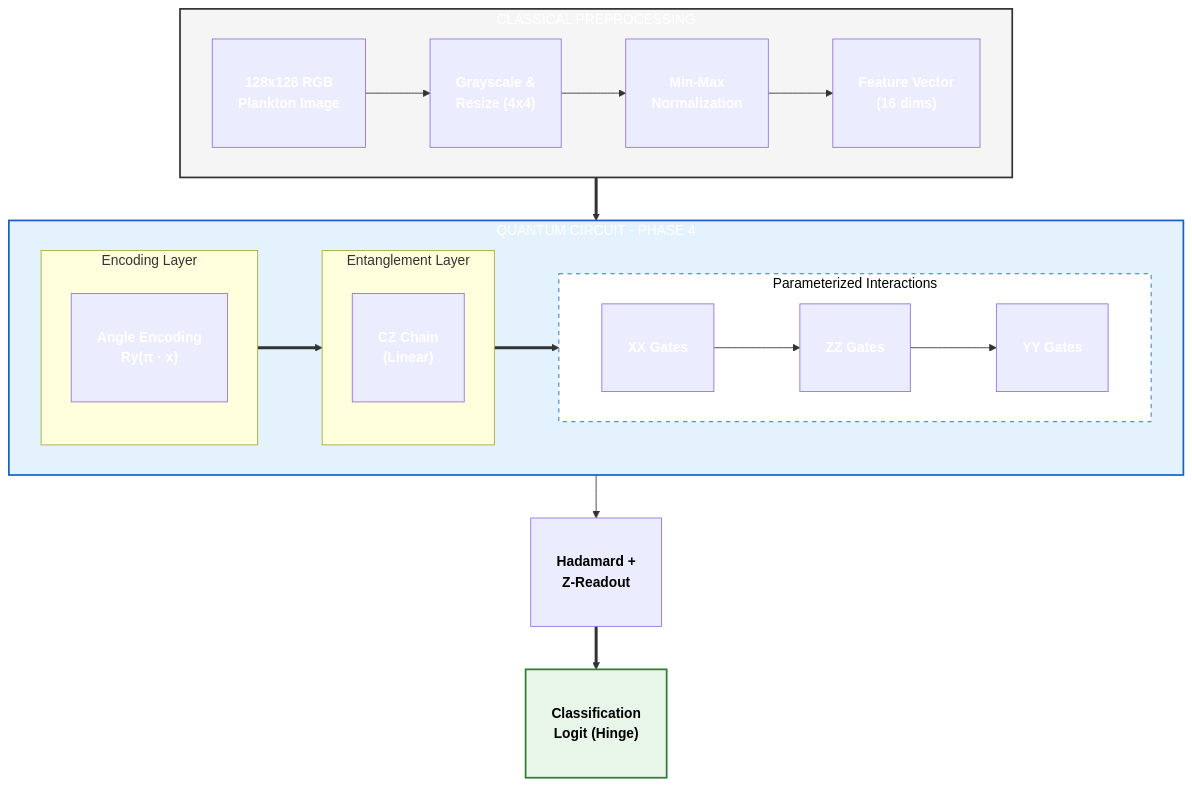
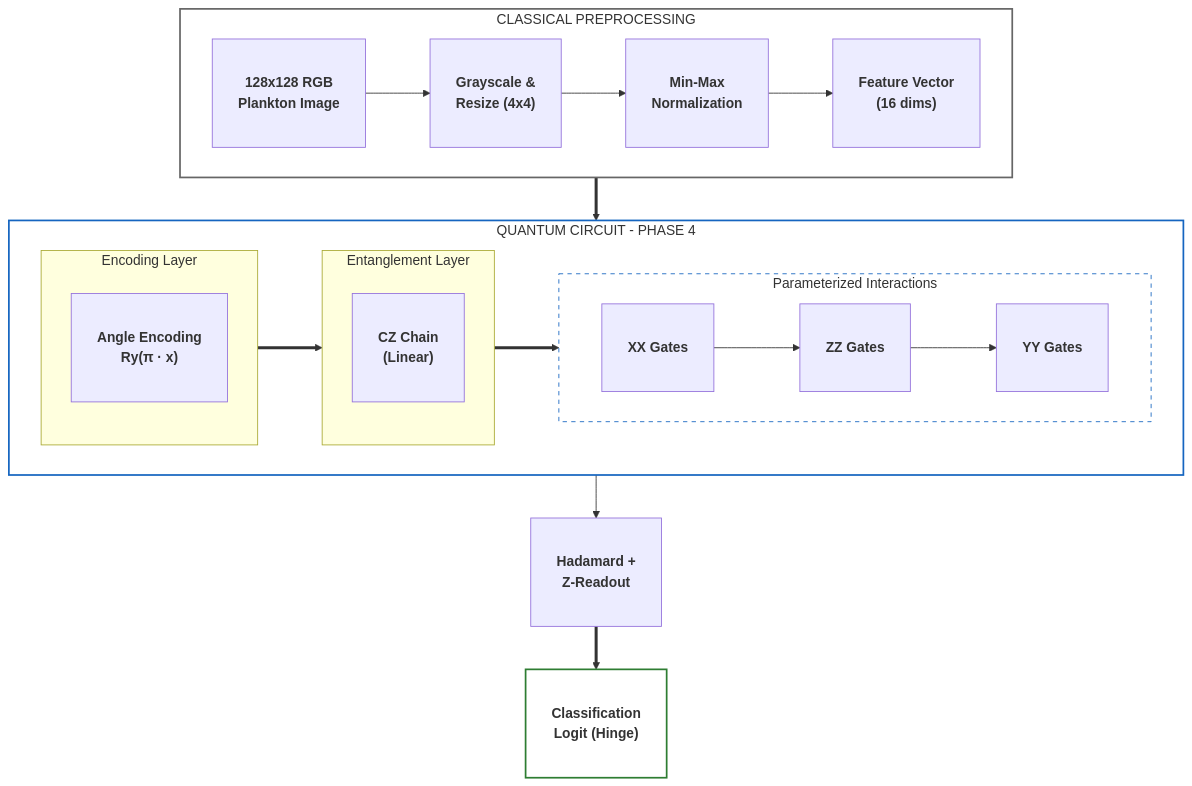
Before and after one commit to juleshenry/quantum-mnist: the second of 2 diagrams in phasefour/README.md, drawn with Mermaid. The commit also changed other lines of this file and 7 other files, not shown here.

````diff
--- a/phasefour/README.md
+++ b/phasefour/README.md
@@ -98,55 +98,46 @@
 ```mermaid
 graph TD
     %% Classical Data Prep
     subgraph Classical_Prep [CLASSICAL PREPROCESSING]
         direction LR
         I["<br/><b>128x128 RGB</b><br/><b>Plankton Image</b><br/><br/>"] --> J["<br/><b>Grayscale &</b><br/><b>Resize (4x4)</b><br/><br/>"]
         J --> K["<br/><b>Min-Max</b><br/><b>Normalization</b><br/><br/>"]
         K --> L["<br/><b>Feature Vector</b><br/><b>(16 dims)</b><br/><br/>"]
     end
 
     %% Quantum Circuit
     subgraph Quantum_Circuit [QUANTUM CIRCUIT - PHASE 4]
         direction LR
         
         subgraph Encoding [Encoding Layer]
             direction TB
             E1["<br/><b>Angle Encoding</b><br/><b>Ry(π · x)</b><br/><br/>"]
         end
 
         subgraph Entanglement [Entanglement Layer]
             direction TB
             F1["<br/><b>CZ Chain</b><br/><b>(Linear)</b><br/><br/>"]
         end
 
         subgraph PQC_Interactions [Parameterized Interactions]
             direction LR
             G1["<br/><b>XX Gates</b><br/><br/>"] --> G2["<br/><b>ZZ Gates</b><br/><br/>"]
             G2 --> G3["<br/><b>YY Gates</b><br/><br/>"]
         end
     end
 
     %% Output
     L ==> Encoding
     Encoding ==> Entanglement
     Entanglement ==> PQC_Interactions
     PQC_Interactions --> M["<br/><b>Hadamard +</b><br/><b>Z-Readout</b><br/><br/>"]
     M ==> N["<br/><b>Classification</b><br/><b>Logit (Hinge)</b><br/><br/>"]
 
-    %% Styling
-    style Classical_Prep fill:#f5f5f5,stroke:#333,stroke-width:2px,color:#fff
-    style Quantum_Circuit fill:#e3f2fd,stroke:#1565c0,stroke-width:2px,color:#fff
-    style PQC_Interactions fill:#fff,stroke:#1565c0,stroke-dasharray: 5 5,color:#000
-    style N fill:#e8f5e9,stroke:#2e7d32,stroke-width:2px,color:#000
+    %% Styling for Light/Dark Compatibility
+    style Classical_Prep fill:none,stroke:#666,stroke-width:2px
+    style Quantum_Circuit fill:none,stroke:#1565c0,stroke-width:2px
+    style PQC_Interactions fill:none,stroke:#1565c0,stroke-dasharray: 5 5
+    style N fill:none,stroke:#2e7d32,stroke-width:2px
     
-    style I color:#fff
-    style J color:#fff
-    style K color:#fff
-    style L color:#fff
-    style E1 color:#fff
-    style F1 color:#fff
-    style G1 color:#fff
-    style G2 color:#fff
-    style G3 color:#fff
-    style M color:#000
+    %% Node-specific styles removed for theme compatibility
 ```
````
